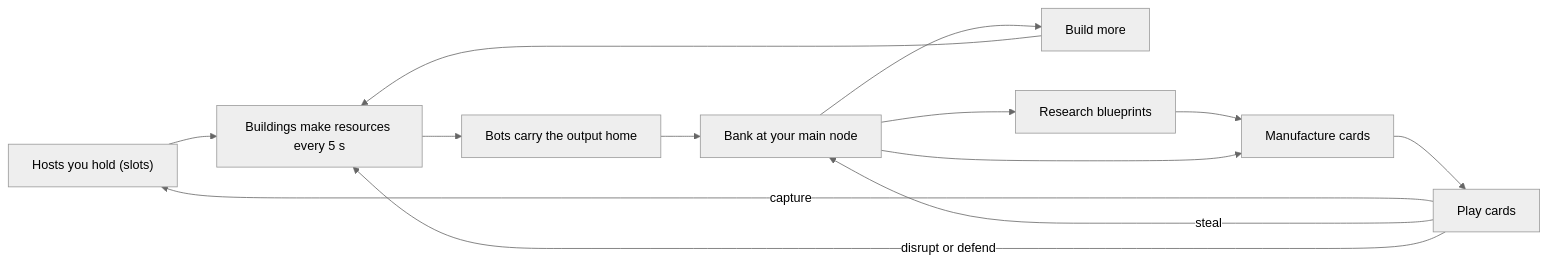
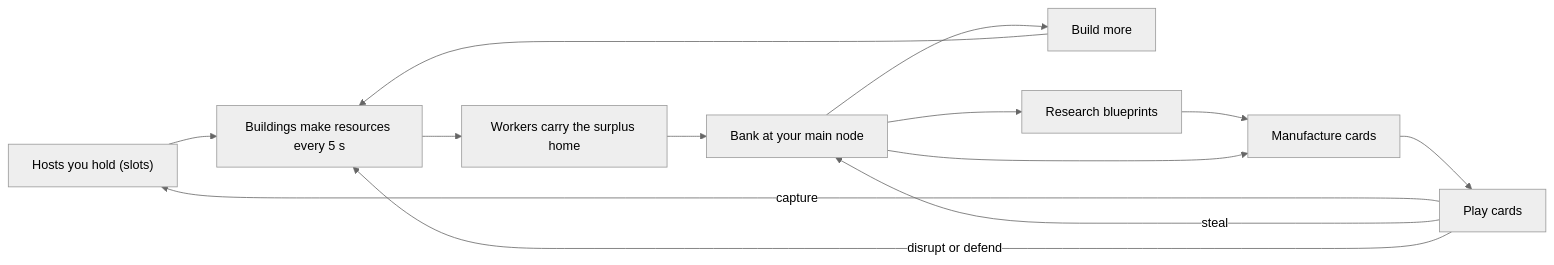
Before and after one commit to zzzteph/rim: the first of 2 diagrams in docs/DESIGN.md, drawn with Mermaid. The commit also changed other lines of this file and 9 other files, not shown here.

````diff
--- a/docs/DESIGN.md
+++ b/docs/DESIGN.md
@@ -44,16 +44,16 @@
 ```mermaid
 %%{init: {'theme':'neutral'}}%%
 flowchart LR
   H["Hosts you hold (slots)"] --> B["Buildings make resources every 5 s"]
-  B --> C["Bots carry the output home"]
+  B --> C["Workers carry the surplus home"]
   C --> K["Bank at your main node"]
   K --> B2["Build more"]
   B2 --> B
   K --> R["Research blueprints"]
   R --> M["Manufacture cards"]
   K --> M
   M --> P["Play cards"]
   P -->|"capture"| H
   P -->|"steal"| K
   P -->|"disrupt or defend"| B
 ```
````
